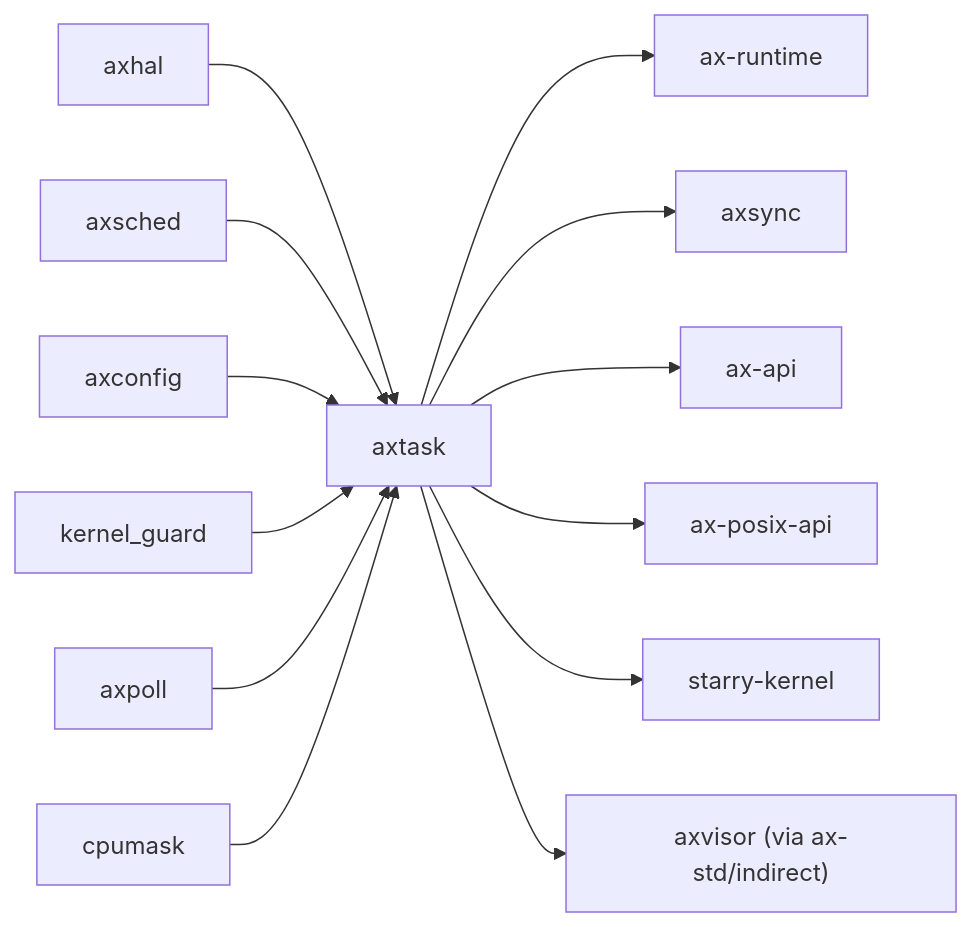
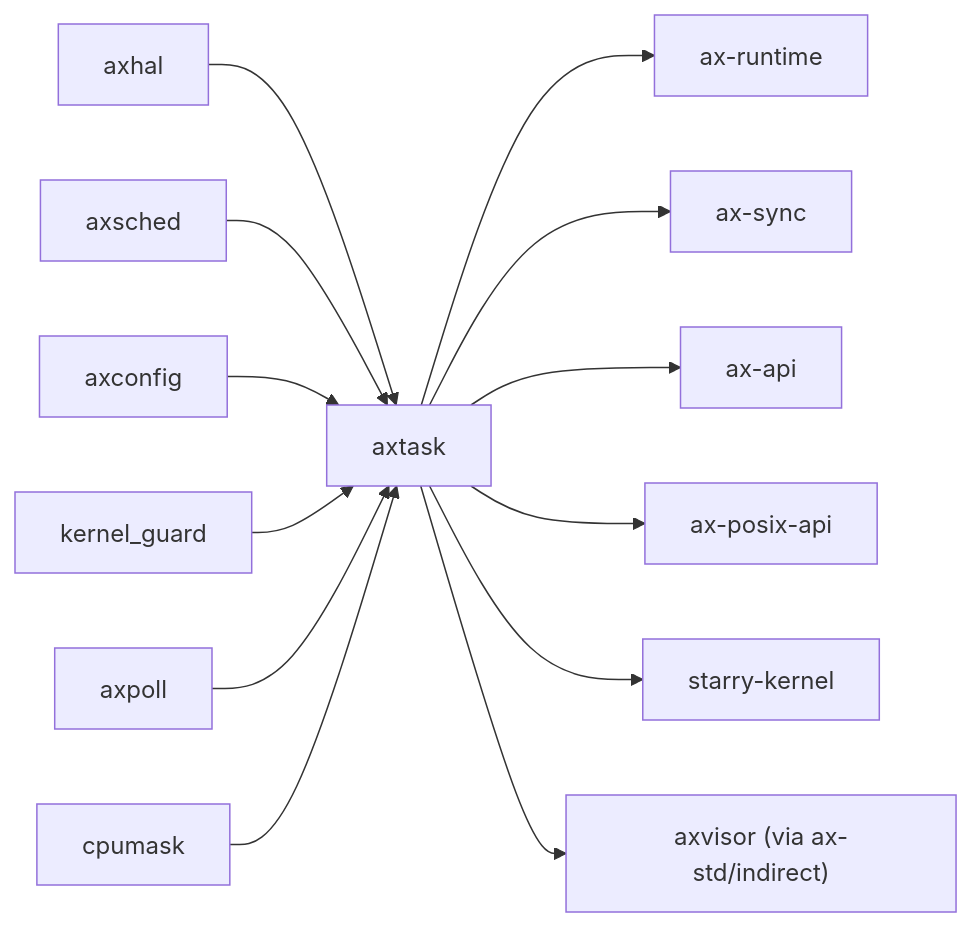
One commit to zKurisu/tgoskits changed the second of 2 diagrams in docs/crates/axtask.md. Above: the diagram before and after it, drawn with Mermaid. The commit also changed other lines of this file and 79 other files, not shown here.

Commit message:
rename axsync to ax-sync

````diff
--- a/docs/crates/axtask.md
+++ b/docs/crates/axtask.md
@@ -122,16 +122,16 @@
 ```mermaid
 graph LR
     axhal["axhal"] --> axtask["axtask"]
     axsched["axsched"] --> axtask
     axconfig["axconfig"] --> axtask
     kernel_guard["kernel_guard"] --> axtask
     axpoll["axpoll"] --> axtask
     cpumask["cpumask"] --> axtask
 
     axtask --> ax-runtime["ax-runtime"]
-    axtask --> axsync["axsync"]
+    axtask --> ax-sync["ax-sync"]
     axtask --> ax-api["ax-api"]
     axtask --> ax-posix-api["ax-posix-api"]
     axtask --> starry["starry-kernel"]
     axtask --> axvisor["axvisor (via ax-std/indirect)"]
 ```
````
